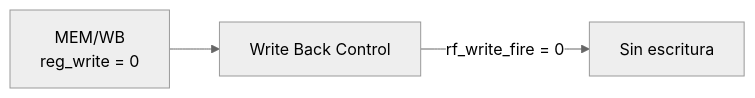
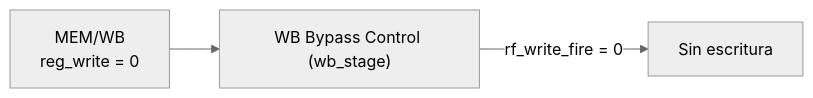
The diagram in tp3/docs/architecture/stage_wb.md (FrancoPerotti/computer-architecture-tps), drawn with Mermaid (neutral theme) before and after one commit. The commit also changed other lines of this file and 134 other files, not shown here.

Commit message:
docs(tp3): consolidate architecture and simplify README

````diff
--- a/tp3/docs/architecture/stage_wb.md
+++ b/tp3/docs/architecture/stage_wb.md
@@ -168,5 +245,5 @@
 ```mermaid
 flowchart LR
-    MEMWB[MEM/WB<br/>reg_write = 0] --> CTRL[Write Back Control]
+    MEMWB[MEM/WB<br/>reg_write = 0] --> CTRL["WB Bypass Control (wb_stage)"]
     CTRL -->|rf_write_fire = 0| NO[Sin escritura]
 ```
````
